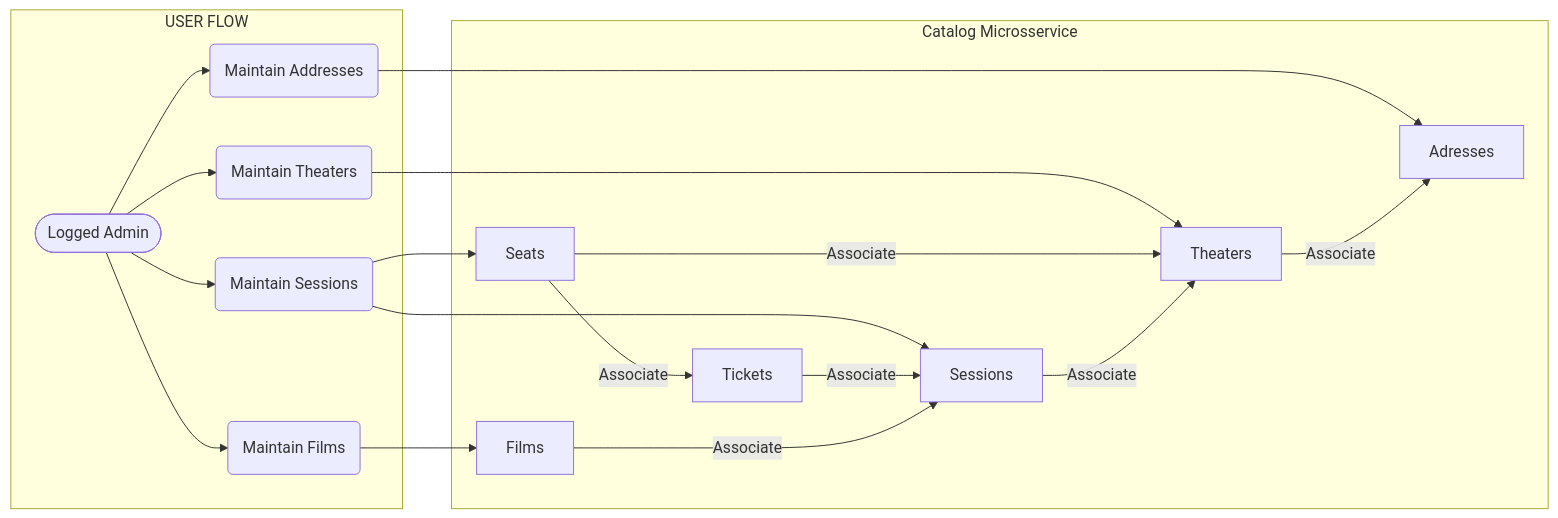
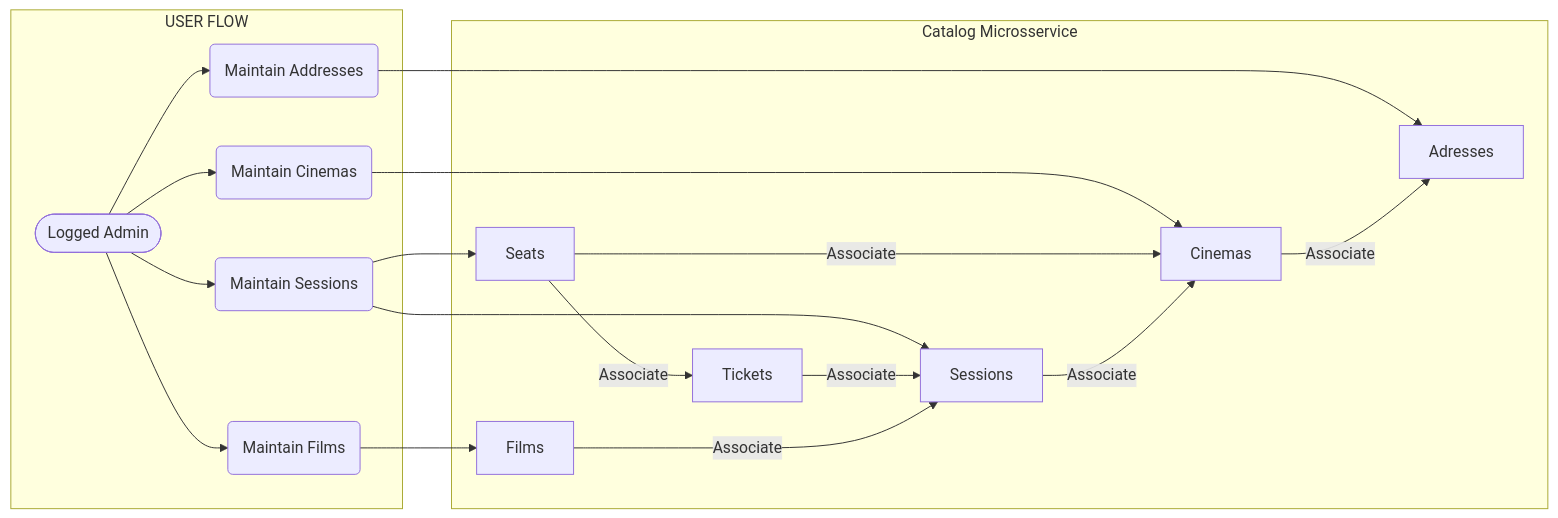
The first of 2 diagrams in README.md (jtonynet/cine-catalogo), drawn with Mermaid before and after one commit. The commit also changed other lines of this file and 3 other files, not shown here.

````diff
--- a/README.md
+++ b/README.md
@@ -119,27 +119,27 @@
 ```mermaid
 graph LR
   subgraph USER FLOW
     F([Logged Admin])
     F --> MAD(Maintain Addresses)
     F --> MFI(Maintain Films)
     F --> MSE(Maintain Sessions)
-    F --> MRO(Maintain Theaters)
+    F --> MRO(Maintain Cinemas)
   end
 
   subgraph Catalog Microsservice
     TIC[Tickets]
     MFI --> FIL[Films]
-    MRO --> ROO[Theaters]
+    MRO --> ROO[Cinemas]
     MSE --> SEA[Seats]
     MAD --> ADR[Adresses]
     MSE --> SES[Sessions]
   end
 
   %% Create associations between steps
     TIC -->|Associate| SES
     SEA -->|Associate| TIC
     SEA -->|Associate| ROO
     ROO -->|Associate| ADR
     FIL -->|Associate| SES
     SES -->|Associate| ROO
 ```
````
